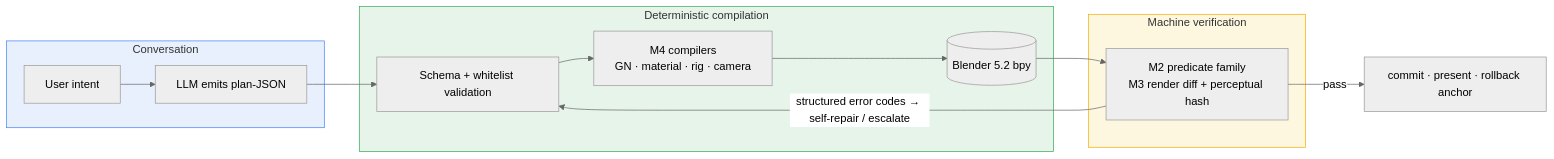
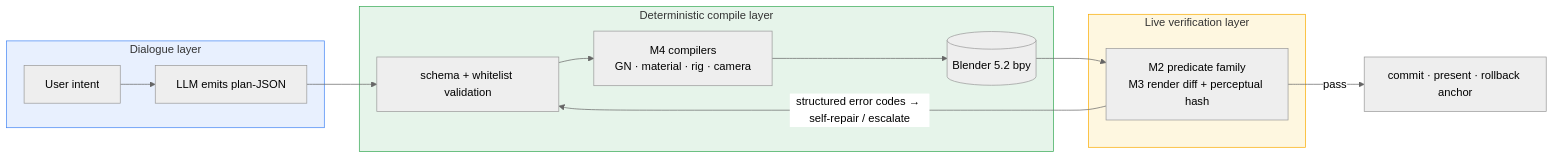
One commit to master666-max/blender-ai-console changed the diagram in README.en.md. Above: the diagram before and after it, drawn with Mermaid (neutral theme). The commit also changed other lines of this file and 1 other file, not shown here.

````diff
--- a/README.en.md
+++ b/README.en.md
@@ -25,20 +55,20 @@
 ```mermaid
 flowchart LR
-    subgraph INTENT [Conversation]
+    subgraph INTENT [Dialogue layer]
         U[User intent] --> L[LLM emits plan-JSON]
     end
-    subgraph COMPILE [Deterministic compilation]
-        P[Schema + whitelist validation] --> C[M4 compilers<br/>GN · material · rig · camera]
+    subgraph COMPILE [Deterministic compile layer]
+        P[schema + whitelist validation] --> C[M4 compilers<br/>GN · material · rig · camera]
         C --> B[("Blender 5.2 bpy")]
     end
-    subgraph VERIFY [Machine verification]
+    subgraph VERIFY [Live verification layer]
         V[M2 predicate family<br/>M3 render diff + perceptual hash]
     end
     L --> P
     B --> V
     V -- "structured error codes → self-repair / escalate" --> P
     V -- "pass" --> OK["commit · present · rollback anchor"]
     style INTENT fill:#e8f0fe,stroke:#4285f4
     style COMPILE fill:#e6f4ea,stroke:#34a853
     style VERIFY fill:#fef7e0,stroke:#f9ab00
 ```
````
